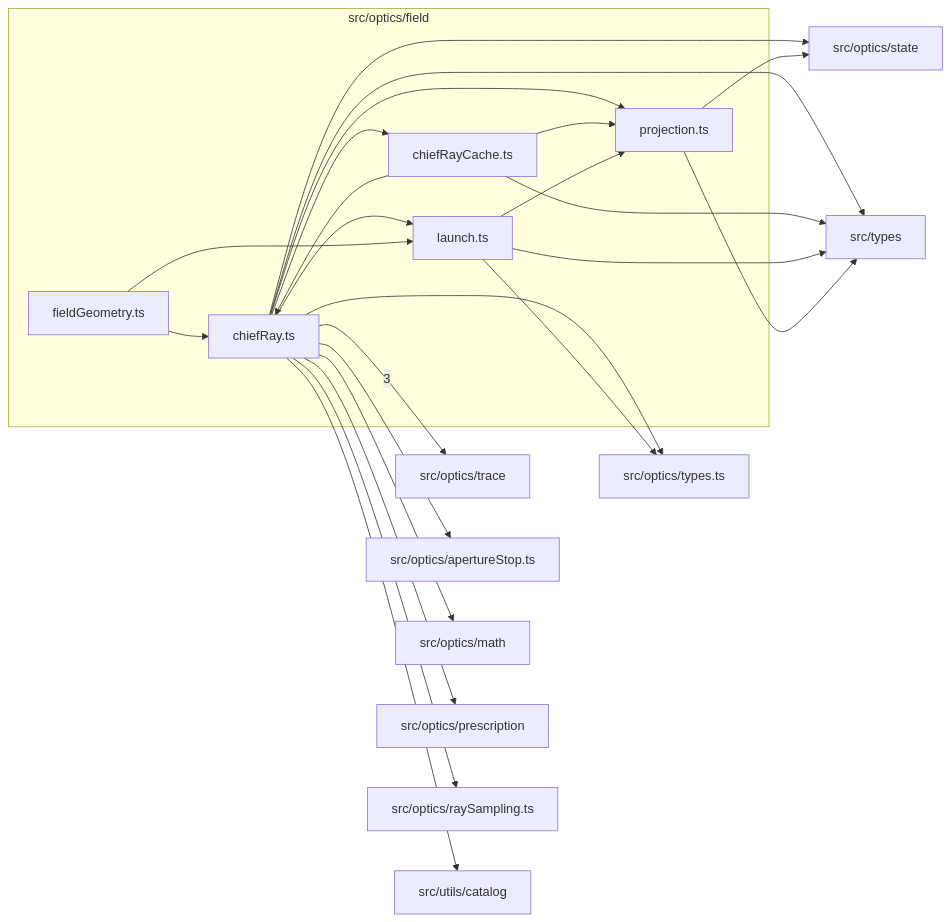
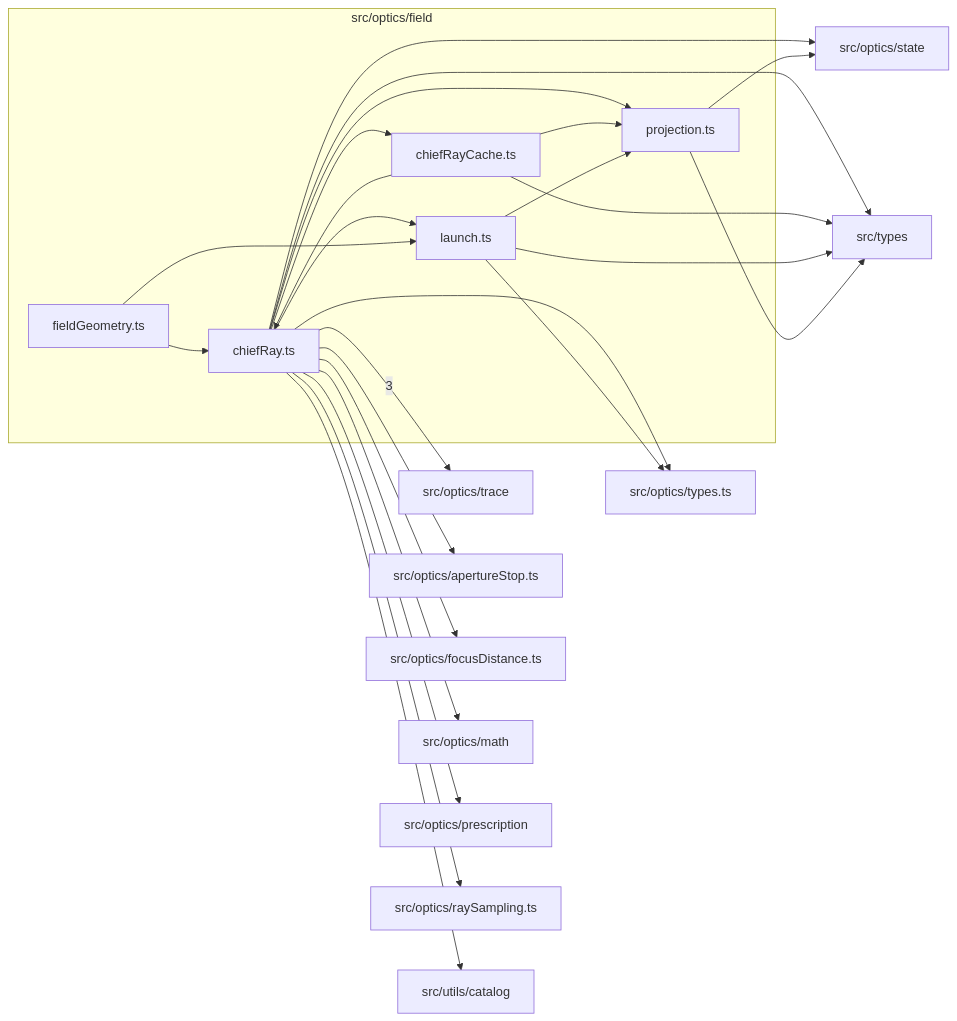
One commit to ronbuening/LensVisualizer changed the diagram in src/optics/field/readme.md. Above: the diagram before and after it, drawn with Mermaid. The commit also changed other lines of this file and 17 other files, not shown here.

````diff
--- a/src/optics/field/readme.md
+++ b/src/optics/field/readme.md
@@ -9,41 +9,43 @@
 ```mermaid
 flowchart LR
   subgraph n_src_optics_field["src/optics/field"]
     n_src_optics_field_src_optics_field_chiefRay_ts["chiefRay.ts"]
     n_src_optics_field_src_optics_field_chiefRayCache_ts["chiefRayCache.ts"]
     n_src_optics_field_src_optics_field_fieldGeometry_ts["fieldGeometry.ts"]
     n_src_optics_field_src_optics_field_launch_ts["launch.ts"]
     n_src_optics_field_src_optics_field_projection_ts["projection.ts"]
   end
   n_external_src_optics_trace["src/optics/trace"]
   n_external_src_optics_apertureStop_ts["src/optics/apertureStop.ts"]
+  n_external_src_optics_focusDistance_ts["src/optics/focusDistance.ts"]
   n_external_src_optics_math["src/optics/math"]
   n_external_src_optics_prescription["src/optics/prescription"]
   n_external_src_optics_raySampling_ts["src/optics/raySampling.ts"]
   n_external_src_optics_state["src/optics/state"]
   n_external_src_optics_types_ts["src/optics/types.ts"]
   n_external_src_types["src/types"]
   n_external_src_utils_catalog["src/utils/catalog"]
   n_src_optics_field_src_optics_field_chiefRay_ts --> |3| n_external_src_optics_trace
   n_src_optics_field_src_optics_field_chiefRay_ts --> n_external_src_optics_apertureStop_ts
+  n_src_optics_field_src_optics_field_chiefRay_ts --> n_external_src_optics_focusDistance_ts
   n_src_optics_field_src_optics_field_chiefRay_ts --> n_external_src_optics_math
   n_src_optics_field_src_optics_field_chiefRay_ts --> n_external_src_optics_prescription
   n_src_optics_field_src_optics_field_chiefRay_ts --> n_external_src_optics_raySampling_ts
   n_src_optics_field_src_optics_field_chiefRay_ts --> n_external_src_optics_state
   n_src_optics_field_src_optics_field_projection_ts --> n_external_src_optics_state
   n_src_optics_field_src_optics_field_chiefRay_ts --> n_external_src_optics_types_ts
   n_src_optics_field_src_optics_field_launch_ts --> n_external_src_optics_types_ts
   n_src_optics_field_src_optics_field_chiefRay_ts --> n_external_src_types
   n_src_optics_field_src_optics_field_chiefRayCache_ts --> n_external_src_types
   n_src_optics_field_src_optics_field_launch_ts --> n_external_src_types
   n_src_optics_field_src_optics_field_projection_ts --> n_external_src_types
   n_src_optics_field_src_optics_field_chiefRay_ts --> n_external_src_utils_catalog
   n_src_optics_field_src_optics_field_chiefRayCache_ts --> n_src_optics_field_src_optics_field_chiefRay_ts
   n_src_optics_field_src_optics_field_fieldGeometry_ts --> n_src_optics_field_src_optics_field_chiefRay_ts
   n_src_optics_field_src_optics_field_chiefRay_ts --> n_src_optics_field_src_optics_field_chiefRayCache_ts
   n_src_optics_field_src_optics_field_chiefRay_ts --> n_src_optics_field_src_optics_field_launch_ts
   n_src_optics_field_src_optics_field_fieldGeometry_ts --> n_src_optics_field_src_optics_field_launch_ts
   n_src_optics_field_src_optics_field_chiefRay_ts --> n_src_optics_field_src_optics_field_projection_ts
   n_src_optics_field_src_optics_field_chiefRayCache_ts --> n_src_optics_field_src_optics_field_projection_ts
   n_src_optics_field_src_optics_field_launch_ts --> n_src_optics_field_src_optics_field_projection_ts
 ```
````
